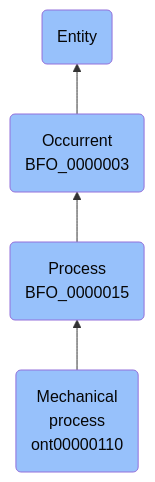
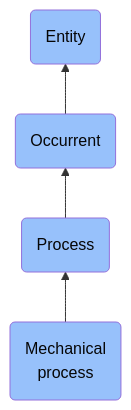
Before and after one commit to jupyter-naas/abi: the diagram in docs/ontology/reference/model/Entity/Occurrent/Process/Mechanical process/Mechanical process.md, drawn with Mermaid. The commit also changed other lines of this file and 1430 other files, not shown here.

````diff
--- a/docs/ontology/reference/model/Entity/Occurrent/Process/Mechanical process/Mechanical process.md
+++ b/docs/ontology/reference/model/Entity/Occurrent/Process/Mechanical process/Mechanical process.md
@@ -24,11 +24,11 @@
 ```mermaid
 graph BT
-    ont00000110(Mechanical<br>process<br>ont00000110):::BFO-->BFO_0000015
-    BFO_0000015(Process<br>BFO_0000015):::BFO-->BFO_0000003
-    BFO_0000003(Occurrent<br>BFO_0000003):::BFO-->BFO_0000001
+    ont00000110(Mechanical<br>process):::BFO-->BFO_0000015
+    BFO_0000015(Process):::BFO-->BFO_0000003
+    BFO_0000003(Occurrent):::BFO-->BFO_0000001
     BFO_0000001(Entity):::BFO
     
     classDef BFO fill:#97c1fb,color:#060606
     classDef CCO fill:#e4c51e,color:#060606
     classDef ABI fill:#48DD82,color:#060606
 ```
````
